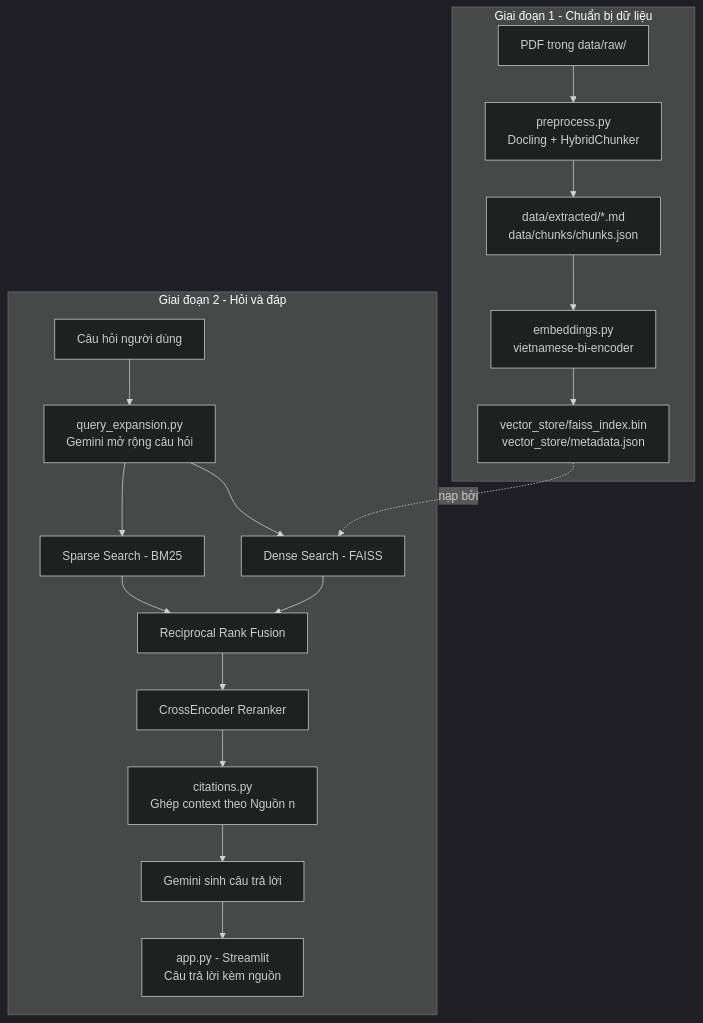
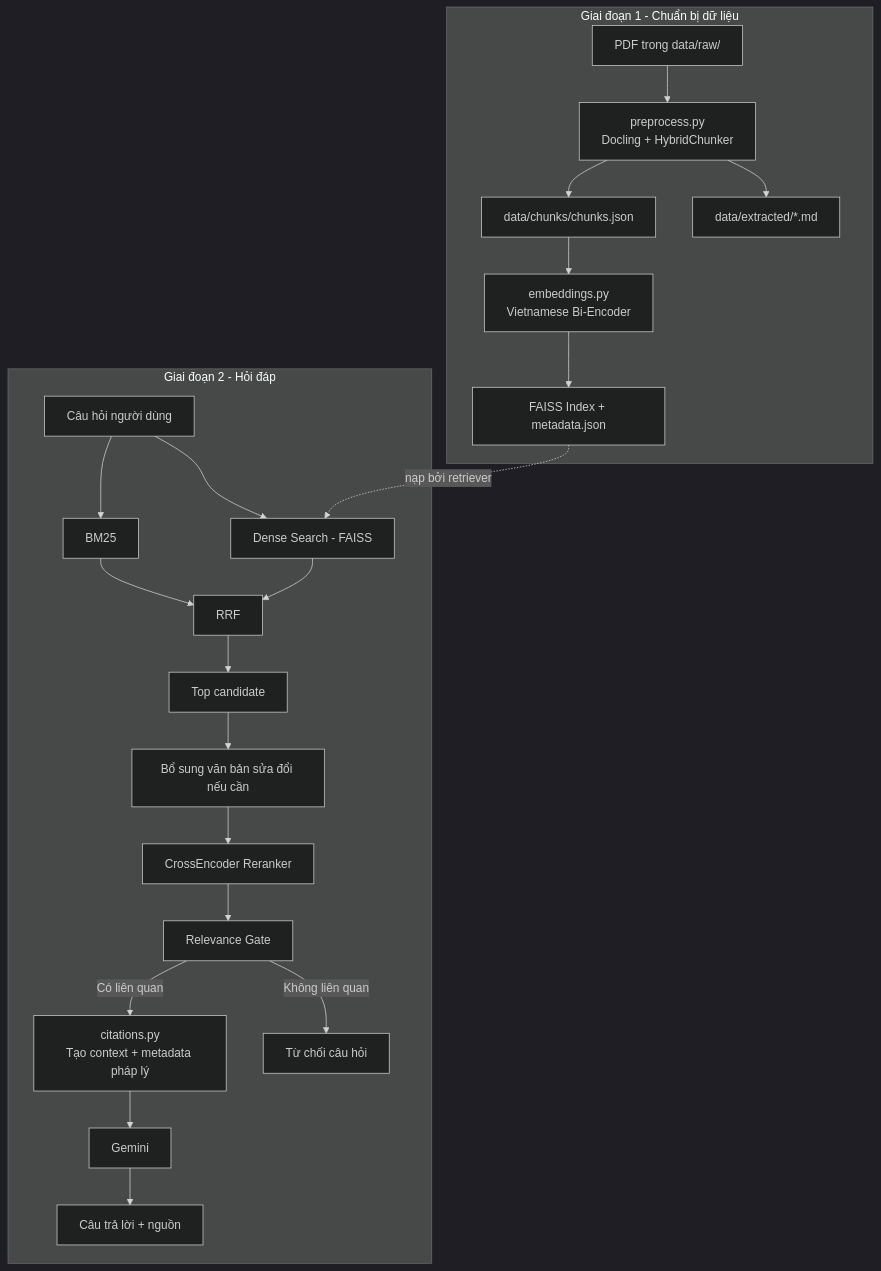
Before and after one commit to baothenotone/Project-LLM-RAG: the diagram in README.md, drawn with Mermaid (dark theme). The commit also changed other lines of this file, not shown here.

````diff
--- a/README.md
+++ b/README.md
@@ -27,23 +37,27 @@
 ```mermaid
 flowchart TD
-    subgraph GD1["Giai đoạn 1 - Chuẩn bị dữ liệu"]
-        A["PDF trong data/raw/"] --> B["preprocess.py<br/>Docling + HybridChunker"]
-        B --> C["data/extracted/*.md<br/>data/chunks/chunks.json"]
-        C --> D["embeddings.py<br/>vietnamese-bi-encoder"]
-        D --> E["vector_store/faiss_index.bin<br/>vector_store/metadata.json"]
+    subgraph A["Giai đoạn 1 - Chuẩn bị dữ liệu"]
+        A1["PDF trong data/raw/"] --> A2["preprocess.py\nDocling + HybridChunker"]
+        A2 --> A3["data/extracted/*.md"]
+        A2 --> A4["data/chunks/chunks.json"]
+        A4 --> A5["embeddings.py\nVietnamese Bi-Encoder"]
+        A5 --> A6["FAISS Index + metadata.json"]
     end
 
-    subgraph GD2["Giai đoạn 2 - Hỏi và đáp"]
-        F["Câu hỏi người dùng"] --> G["query_expansion.py<br/>Gemini mở rộng câu hỏi"]
-        G --> H["Dense Search - FAISS"]
-        G --> I["Sparse Search - BM25"]
-        H --> J["Reciprocal Rank Fusion"]
-        I --> J
-        J --> K["CrossEncoder Reranker"]
-        K --> L["citations.py<br/>Ghép context theo Nguồn n"]
-        L --> M["Gemini sinh câu trả lời"]
-        M --> N["app.py - Streamlit<br/>Câu trả lời kèm nguồn"]
+    subgraph B["Giai đoạn 2 - Hỏi đáp"]
+        B1["Câu hỏi người dùng"] --> B2["Dense Search - FAISS"]
+        B1 --> B3["BM25"]
+        B2 --> B4["RRF"]
+        B3 --> B4
+        B4 --> B5["Top candidate"]
+        B5 --> B6["Bổ sung văn bản sửa đổi nếu cần"]
+        B6 --> B7["CrossEncoder Reranker"]
+        B7 --> B8["Relevance Gate"]
+        B8 -->|"Không liên quan"| B9["Từ chối câu hỏi"]
+        B8 -->|"Có liên quan"| B10["citations.py\nTạo context + metadata pháp lý"]
+        B10 --> B11["Gemini"]
+        B11 --> B12["Câu trả lời + nguồn"]
     end
 
-    E -. nạp bởi .-> H
+    A6 -. "nạp bởi retriever" .-> B2
 ```
````
